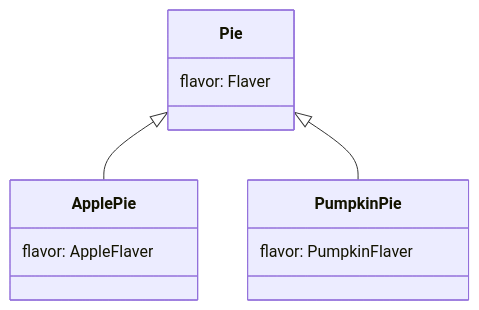
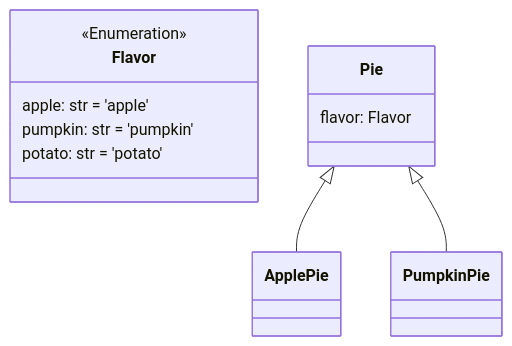
The diagram in tests/mock/enum_example.md (EricWebsmith/pydantic-2-mermaid), drawn with Mermaid before and after one commit. The commit also changed 7 other files, not shown here.

````diff
--- a/tests/mock/enum_example.md
+++ b/tests/mock/enum_example.md
@@ -1,18 +1,23 @@
 ```mermaid
 classDiagram
+    class Flavor {
+        <<Enumeration>>
+        apple: str = 'apple'
+        pumpkin: str = 'pumpkin'
+        potato: str = 'potato'
+    }
+
     class Pie {
-        flavor: Flaver
+        flavor: Flavor
     }
 
     class ApplePie {
-        flavor: AppleFlaver
     }
 
     class PumpkinPie {
-        flavor: PumpkinFlaver
     }
 
 
     Pie <|-- ApplePie
     Pie <|-- PumpkinPie
 ```
````
